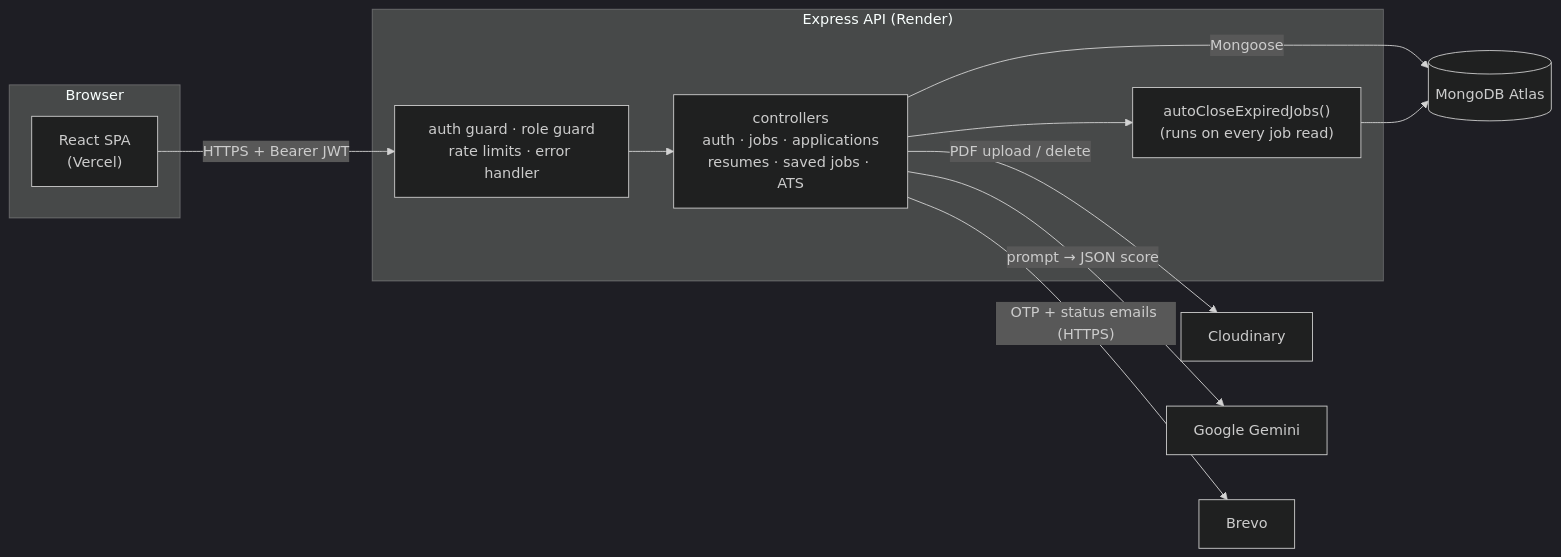
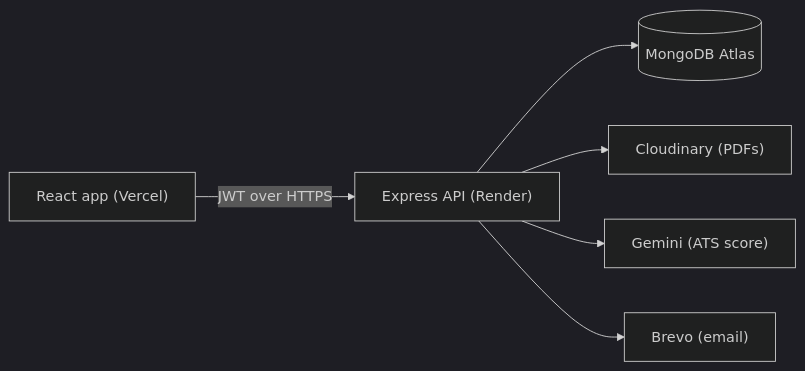
Before and after one commit to ashutosh081201/job-portal: the diagram in README.md, drawn with Mermaid (dark theme). The commit also changed other lines of this file, not shown here.

````diff
--- a/README.md
+++ b/README.md
@@ -48,21 +30,8 @@
 ```mermaid
 flowchart LR
-  subgraph Browser
-    SPA["React SPA<br/>(Vercel)"]
-  end
-
-  subgraph Render["Express API (Render)"]
-    MW["auth guard · role guard<br/>rate limits · error handler"]
-    C["controllers<br/>auth · jobs · applications<br/>resumes · saved jobs · ATS"]
-    AC["autoCloseExpiredJobs()<br/>(runs on every job read)"]
-    MW --> C
-    C --> AC
-  end
-
-  SPA -- "HTTPS + Bearer JWT" --> MW
-  C -- Mongoose --> DB[("MongoDB Atlas")]
-  AC --> DB
-  C -- "PDF upload / delete" --> CL["Cloudinary"]
-  C -- "prompt → JSON score" --> GM["Google Gemini"]
-  C -- "OTP + status emails (HTTPS)" --> BR["Brevo"]
+  UI["React app (Vercel)"] -- "JWT over HTTPS" --> API["Express API (Render)"]
+  API --> DB[("MongoDB Atlas")]
+  API --> CL["Cloudinary (PDFs)"]
+  API --> AI["Gemini (ATS score)"]
+  API --> MAIL["Brevo (email)"]
 ```
````
